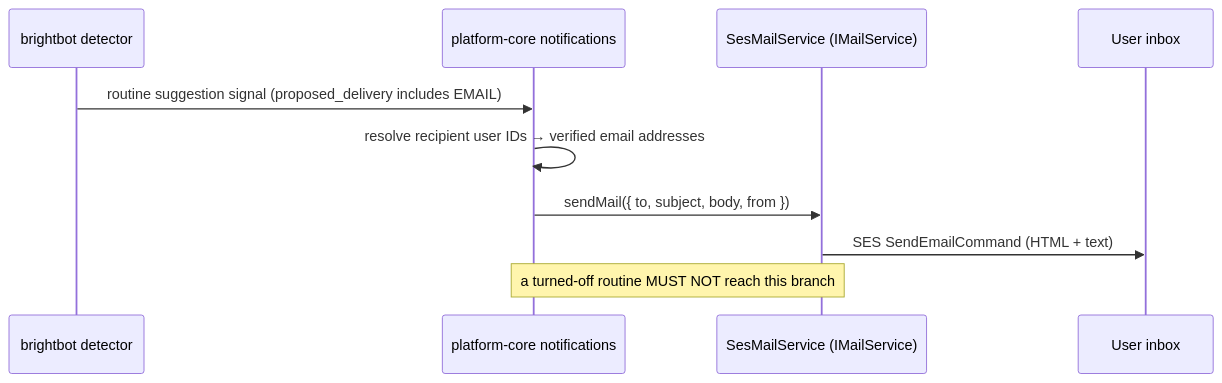
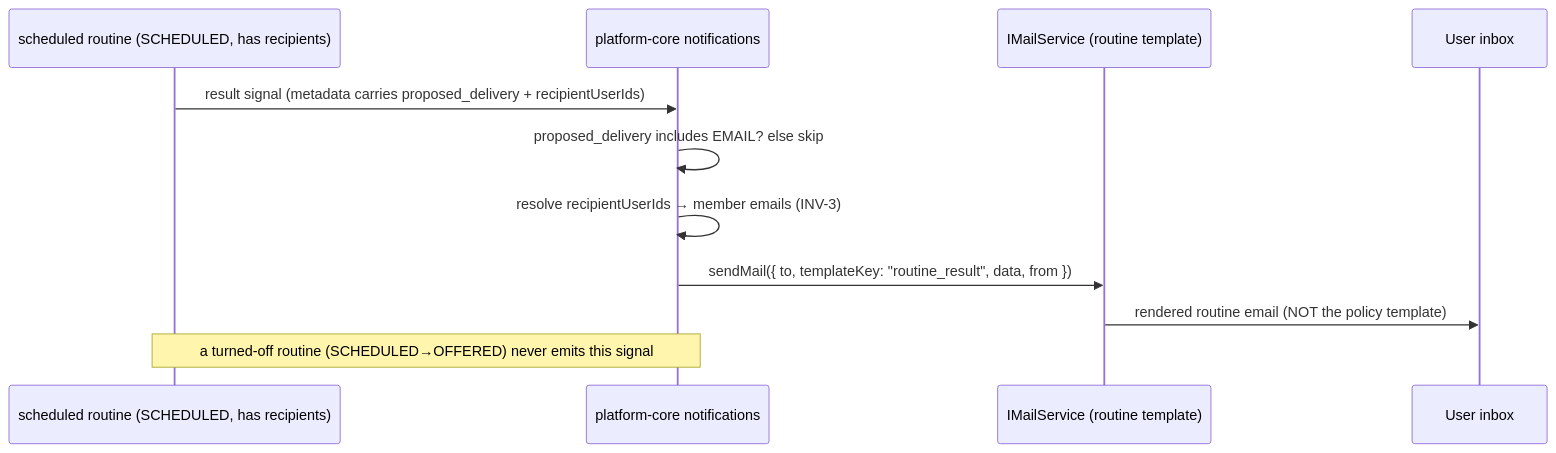
One commit to brighthive/agentic-project-mgmt changed the diagram in docs/specs/brightroutines-email-delivery.md. Above: the diagram before and after it, drawn with Mermaid. The commit also changed other lines of this file, not shown here.

First line of the commit message:
fix(spec): correct email-delivery grounding — SendGrid binding, signal payload, result-not-offer (BH-1062)

````diff
--- a/docs/specs/brightroutines-email-delivery.md
+++ b/docs/specs/brightroutines-email-delivery.md
@@ -60,12 +82,13 @@
 ```mermaid
 sequenceDiagram
-    participant D as brightbot detector
+    participant S as scheduled routine (SCHEDULED, has recipients)
     participant PC as platform-core notifications
-    participant M as SesMailService (IMailService)
+    participant M as IMailService (routine template)
     participant U as User inbox
-    D->>PC: routine suggestion signal (proposed_delivery includes EMAIL)
-    PC->>PC: resolve recipient user IDs → verified email addresses
-    PC->>M: sendMail({ to, subject, body, from })
-    M->>U: SES SendEmailCommand (HTML + text)
-    Note over PC,M: a turned-off routine MUST NOT reach this branch
+    S->>PC: result signal (metadata carries proposed_delivery + recipientUserIds)
+    PC->>PC: proposed_delivery includes EMAIL? else skip
+    PC->>PC: resolve recipientUserIds → member emails (INV-3)
+    PC->>M: sendMail({ to, templateKey: "routine_result", data, from })
+    M->>U: rendered routine email (NOT the policy template)
+    Note over S,PC: a turned-off routine (SCHEDULED→OFFERED) never emits this signal
 ```
````
